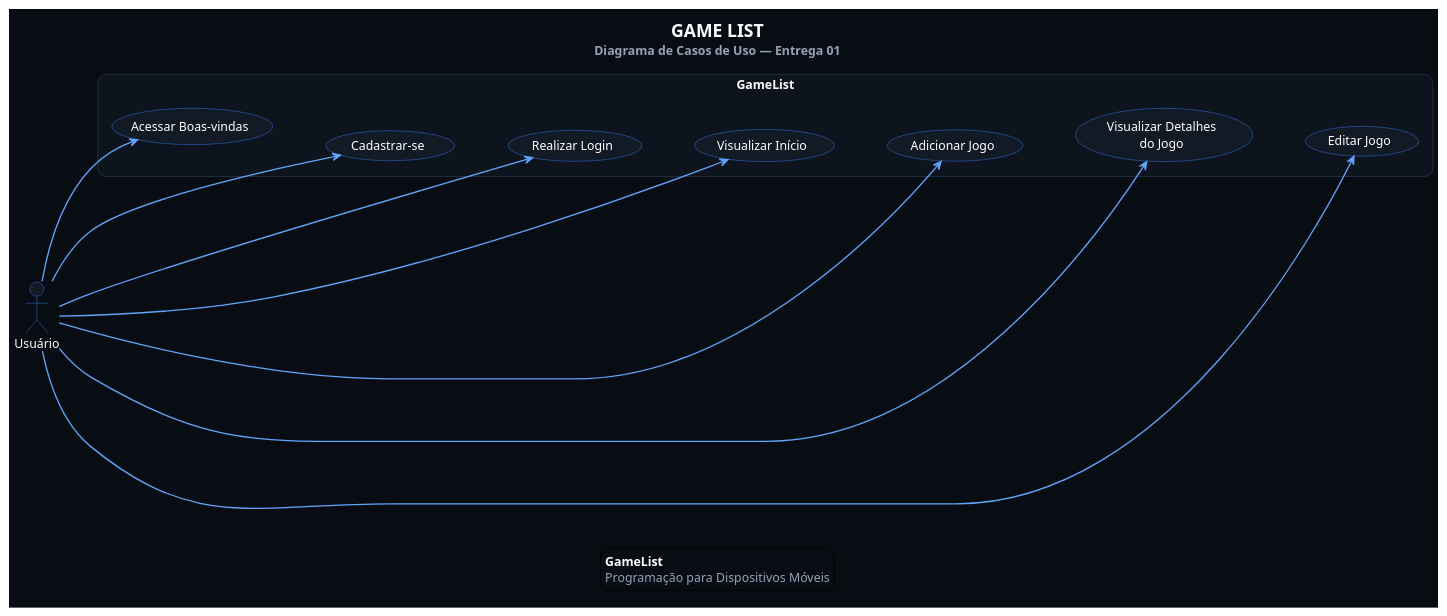
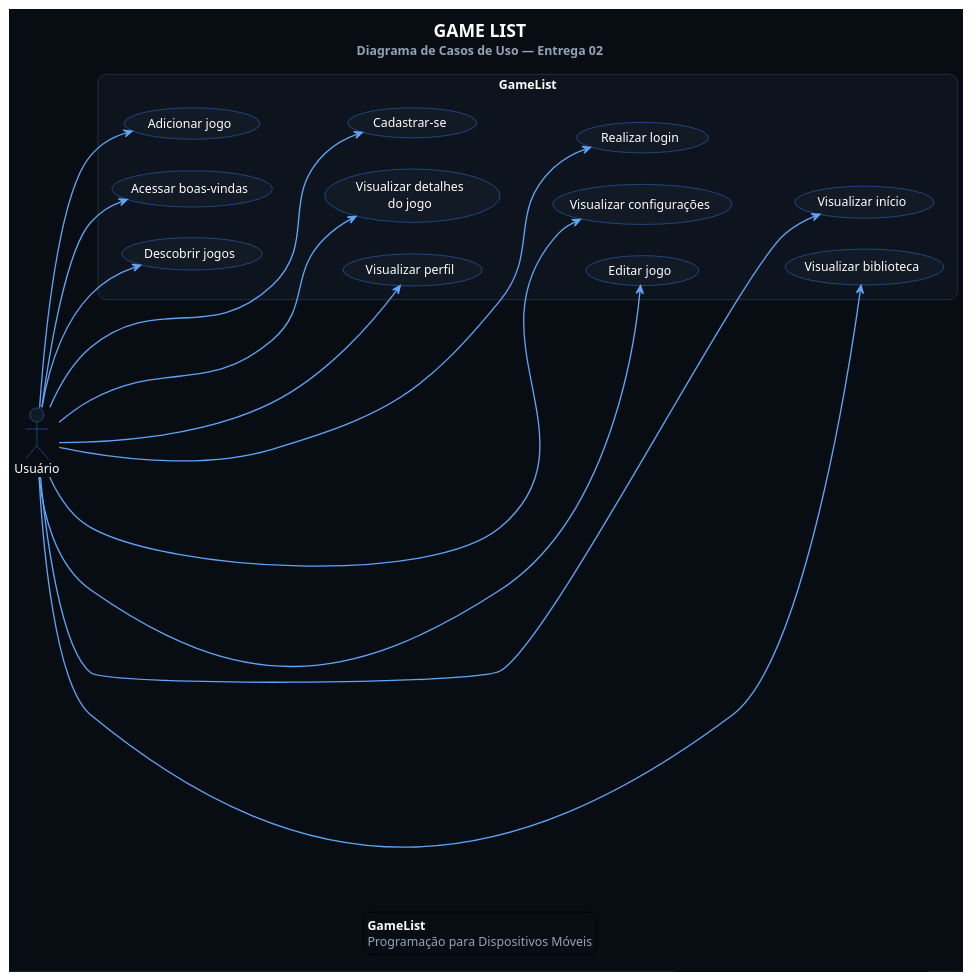
The diagram in docs/casosdeuso.puml (Demicouto/GameList), drawn with PlantUML before and after one commit. The commit also changed 1 other file, not shown here.

Commit message:
docs: atualizar readme e casos de uso

```diff
--- a/docs/casosdeuso.puml
+++ b/docs/casosdeuso.puml
@@ -1,74 +1,83 @@
 @startuml
 
 ' ==============================
 ' GameList - Casos de Uso
-' Entrega 01
+' Entrega 02
 ' ==============================
 
 left to right direction
 
 skinparam backgroundColor #080D14
 skinparam shadowing false
 skinparam roundcorner 20
 
 skinparam actor {
     BackgroundColor #111A25
     BorderColor #3B82F6
     FontColor #FFFFFF
 }
 
 skinparam usecase {
     BackgroundColor #111A25
     BorderColor #3B82F6
     FontColor #FFFFFF
     ArrowColor #60A5FA
 }
 
 skinparam rectangle {
     BackgroundColor #0D141D
     BorderColor #263445
     FontColor #FFFFFF
 }
 
 skinparam ArrowColor #60A5FA
 skinparam ArrowThickness 1.5
 
-title <color:#FFFFFF><size:20><b>GAME LIST</b></size></color>\n<color:#94A3B8>Diagrama de Casos de Uso — Entrega 01</color>
-
+title <color:#FFFFFF><size:20><b>GAME LIST</b></size></color>\n<color:#94A3B8>Diagrama de Casos de Uso — Entrega 02</color>
 
 actor "Usuário" as Usuario
 
-
 rectangle "GameList" {
-
-    usecase "Acessar Boas-vindas" as UC01
+    usecase "Acessar boas-vindas" as UC01
     usecase "Cadastrar-se" as UC02
-    usecase "Realizar Login" as UC03
-    usecase "Visualizar Início" as UC04
-    usecase "Adicionar Jogo" as UC05
-    usecase "Visualizar Detalhes\ndo Jogo" as UC06
-    usecase "Editar Jogo" as UC07
+    usecase "Realizar login" as UC03
+    usecase "Visualizar início" as UC04
+    usecase "Adicionar jogo" as UC05
+    usecase "Visualizar detalhes\ndo jogo" as UC06
+    usecase "Editar jogo" as UC07
+    usecase "Visualizar biblioteca" as UC08
+    usecase "Descobrir jogos" as UC09
+    usecase "Visualizar perfil" as UC10
+    usecase "Visualizar configurações" as UC11
 }
 
 Usuario --> UC01
 Usuario --> UC02
 Usuario --> UC03
 Usuario --> UC04
 Usuario --> UC05
 Usuario --> UC06
 Usuario --> UC07
+Usuario --> UC08
+Usuario --> UC09
+Usuario --> UC10
+Usuario --> UC11
+
+UC01 -[hidden]right- UC05
+UC05 -[hidden]right- UC09
+UC02 -[hidden]right- UC06
+UC06 -[hidden]right- UC10
+UC03 -[hidden]right- UC07
+UC07 -[hidden]right- UC11
+UC04 -[hidden]right- UC08
 
 UC01 -[hidden]down- UC02
 UC02 -[hidden]down- UC03
 UC03 -[hidden]down- UC04
-
-UC04 -[hidden]down- UC05
-UC05 -[hidden]down- UC06
-UC06 -[hidden]down- UC07
 
 legend bottom
     <color:#FFFFFF><b>GameList</b></color>
     <color:#94A3B8>Programação para Dispositivos Móveis</color>
 endlegend
 
 @enduml
```
